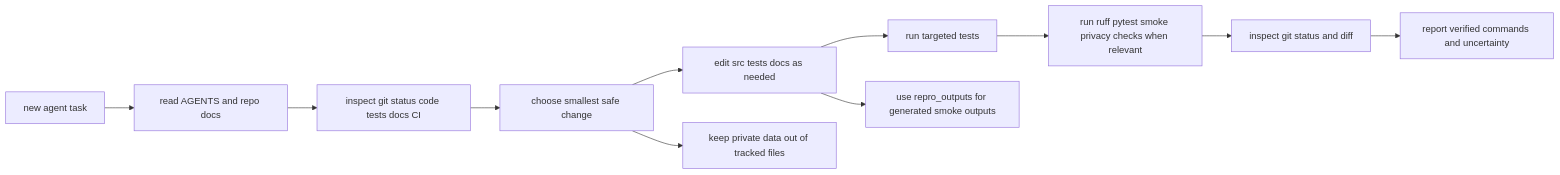
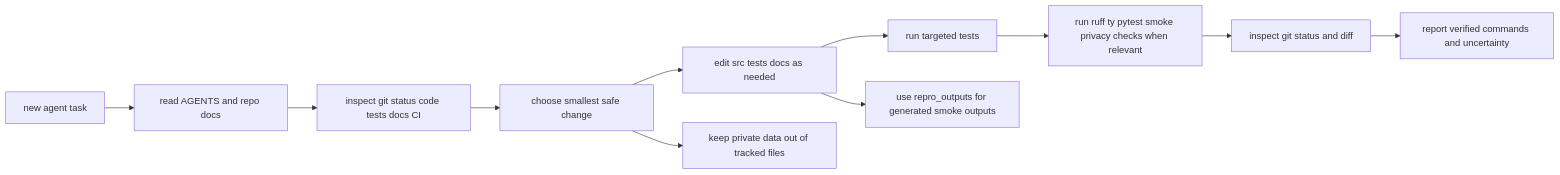
Before and after one commit to NoeFlandre/genai-literacy-trial: the fifth of 5 diagrams in docs/diagrams.md, drawn with Mermaid. The commit also changed 14 other files, not shown here.

````diff
--- a/docs/diagrams.md
+++ b/docs/diagrams.md
@@ -139,14 +139,14 @@
 ```mermaid
 flowchart LR
     Start["new agent task"] --> ReadDocs["read AGENTS and repo docs"]
     ReadDocs --> Inspect["inspect git status code tests docs CI"]
     Inspect --> Scope["choose smallest safe change"]
     Scope --> Edit["edit src tests docs as needed"]
     Edit --> TargetedChecks["run targeted tests"]
-    TargetedChecks --> FullChecks["run ruff pytest smoke privacy checks when relevant"]
+    TargetedChecks --> FullChecks["run ruff ty pytest smoke privacy checks when relevant"]
     FullChecks --> Status["inspect git status and diff"]
     Status --> Report["report verified commands and uncertainty"]
 
     Scope --> PrivacyRule["keep private data out of tracked files"]
     Edit --> ReproRule["use repro_outputs for generated smoke outputs"]
 ```
````
